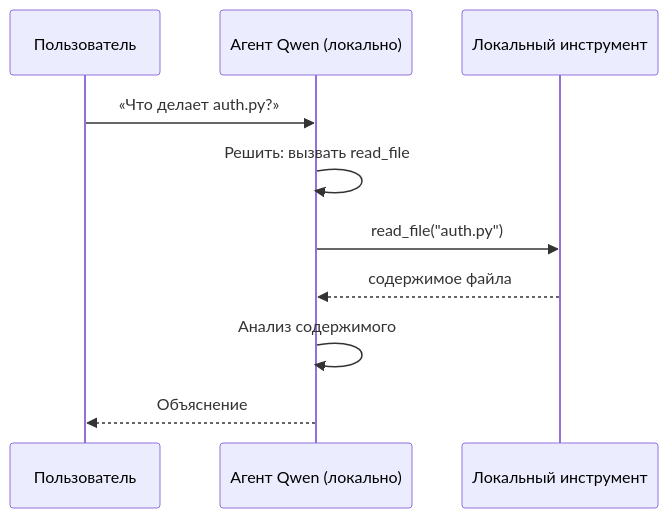
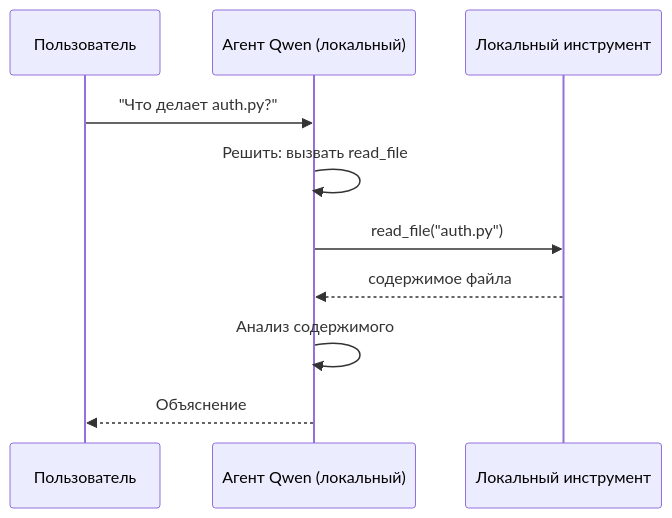
One commit to microsoft/ai-agents-for-beginners changed the second of 4 diagrams in translations/ru/17-creating-local-ai-agents/README.md. Above: the diagram before and after it, drawn with Mermaid. The commit also changed other lines of this file and 47 other files, not shown here.

````diff
--- a/translations/ru/17-creating-local-ai-agents/README.md
+++ b/translations/ru/17-creating-local-ai-agents/README.md
@@ -106,12 +106,12 @@
 ```mermaid
 sequenceDiagram
     participant U as Пользователь
-    participant A as Агент Qwen (локально)
+    participant A as Агент Qwen (локальный)
     participant T as Локальный инструмент
-    U->>A: «Что делает auth.py?»
+    U->>A: "Что делает auth.py?"
     A->>A: Решить: вызвать read_file
     A->>T: read_file("auth.py")
     T-->>A: содержимое файла
     A->>A: Анализ содержимого
     A-->>U: Объяснение
 ```
````
